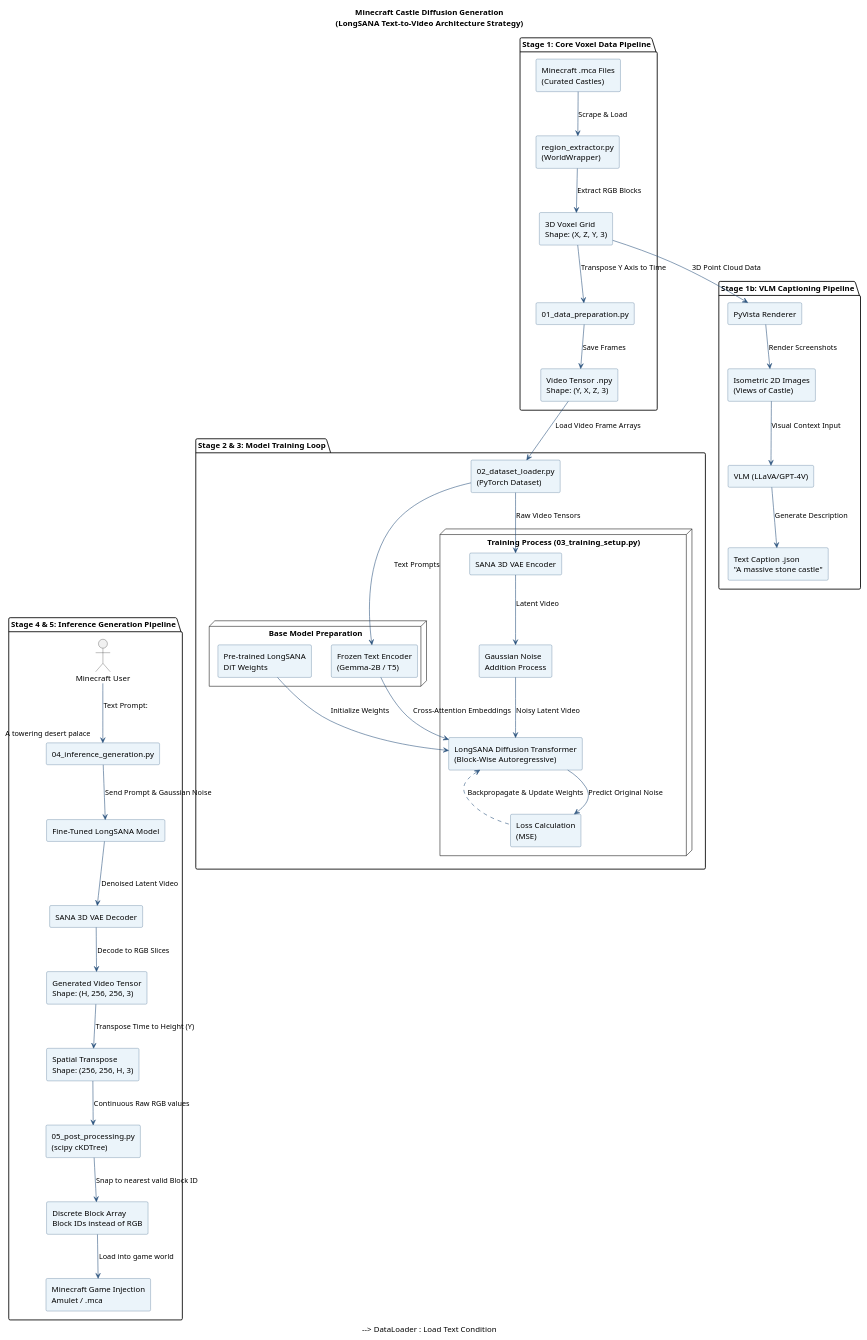
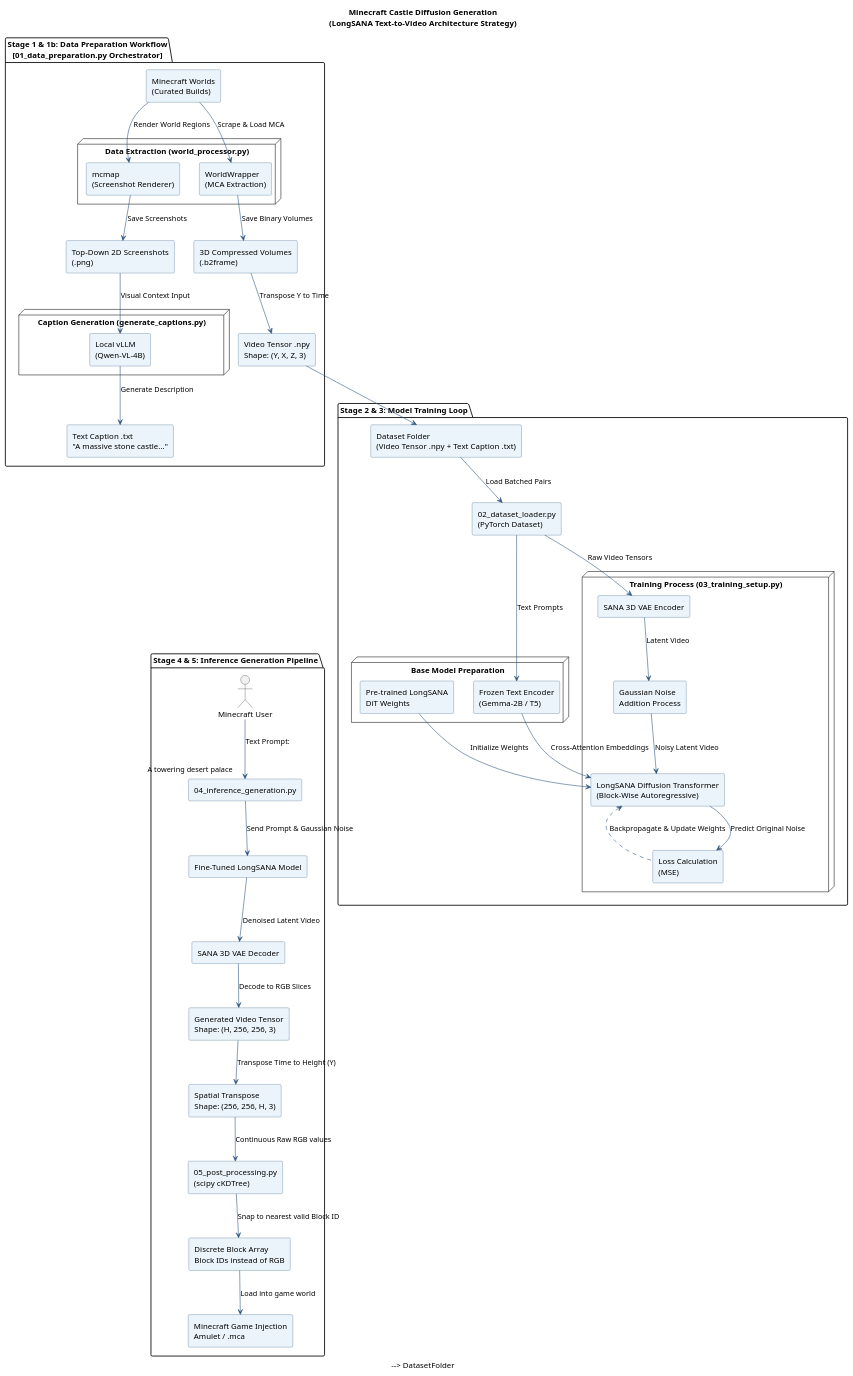
Before and after one commit to erzar0/MC: the diagram in src/longsana_experiment/diagram.puml, drawn with PlantUML.

```diff
--- a/src/longsana_experiment/diagram.puml
+++ b/src/longsana_experiment/diagram.puml
@@ -1,92 +1,100 @@
 @startuml
 skinparam componentStyle rectangle
 skinparam handwritten false
 skinparam backgroundColor #FFFFFF
 skinparam packageBackgroundColor transparent
 skinparam componentBackgroundColor #EBF4FA
 skinparam componentBorderColor #2B547E
 skinparam arrowColor #2B547E
 
 title **Minecraft Castle Diffusion Generation**\n(LongSANA Text-to-Video Architecture Strategy)
 
-package "Stage 1: Core Voxel Data Pipeline" {
-    [Minecraft .mca Files\n(Curated Castles)] as RawData
-    [region_extractor.py\n(WorldWrapper)] as Extractor
-    [3D Voxel Grid\nShape: (X, Z, Y, 3)] as VoxelGrid
-    [01_data_preparation.py] as TransposePrep
+package "Stage 1 & 1b: Data Preparation Workflow\n[01_data_preparation.py Orchestrator]" {
+    [Minecraft Worlds\n(Curated Builds)] as RawData
+    
+    node "Data Extraction (world_processor.py)" {
+        [WorldWrapper\n(MCA Extraction)] as Extractor
+        [mcmap\n(Screenshot Renderer)] as MCMap
+    }
+
+    [3D Compressed Volumes\n(.b2frame)] as VoxelGrid
+    [Top-Down 2D Screenshots\n(.png)] as IsoImages
+    
+    node "Caption Generation (generate_captions.py)" {
+        [Local vLLM\n(Qwen-VL-4B)] as VLM
+    }
+    
     [Video Tensor .npy\nShape: (Y, X, Z, 3)] as VideoTensor
+    [Text Caption .txt\n"A massive stone castle..."] as Caption
 
-    RawData --> Extractor : Scrape & Load
-    Extractor --> VoxelGrid : Extract RGB Blocks
-    VoxelGrid --> TransposePrep : Transpose Y Axis to Time
-    TransposePrep --> VideoTensor : Save Frames
-}
-
-package "Stage 1b: VLM Captioning Pipeline" {
-    [PyVista Renderer] as PyVista
-    [Isometric 2D Images\n(Views of Castle)] as IsoImages
-    [VLM (LLaVA/GPT-4V)] as VLM
-    [Text Caption .json\n"A massive stone castle"] as Caption
-
-    VoxelGrid --> PyVista : 3D Point Cloud Data
-    PyVista --> IsoImages : Render Screenshots
+    RawData --> Extractor : Scrape & Load MCA
+    RawData --> MCMap : Render World Regions
+    
+    Extractor --> VoxelGrid : Save Binary Volumes
+    MCMap --> IsoImages : Save Screenshots
+    
+    VoxelGrid --> VideoTensor : Transpose Y to Time
     IsoImages --> VLM : Visual Context Input
     VLM --> Caption : Generate Description
 }
 
 package "Stage 2 & 3: Model Training Loop" {
     [02_dataset_loader.py\n(PyTorch Dataset)] as DataLoader
 
     node "Base Model Preparation" {
         [Pre-trained LongSANA\nDiT Weights] as LongSANA_Init
         [Frozen Text Encoder\n(Gemma-2B / T5)] as TextEnc
     }
 
     node "Training Process (03_training_setup.py)" {
         [SANA 3D VAE Encoder] as VAE_Enc
         [Gaussian Noise\nAddition Process] as NoiseAdd
         [LongSANA Diffusion Transformer\n(Block-Wise Autoregressive)] as DiT_Train
         [Loss Calculation\n(MSE)] as Loss
     }
 
-    VideoTensor --> DataLoader : Load Video Frame Arrays
-    Caption --> DataLoader : Load Text Condition
+    [Dataset Folder\n(Video Tensor .npy + Text Caption .txt)] as DatasetFolder
+    
+    VideoTensor --> DatasetFolder
+    Caption --> DatasetFolder
+    
+    DatasetFolder --> DataLoader : Load Batched Pairs
 
     DataLoader --> VAE_Enc : Raw Video Tensors
     DataLoader --> TextEnc : Text Prompts
 
     VAE_Enc --> NoiseAdd : Latent Video
     NoiseAdd --> DiT_Train : Noisy Latent Video
     TextEnc --> DiT_Train : Cross-Attention Embeddings
     LongSANA_Init --> DiT_Train : Initialize Weights
 
     DiT_Train --> Loss : Predict Original Noise
     Loss -.left.> DiT_Train : Backpropagate & Update Weights
 }
 
 package "Stage 4 & 5: Inference Generation Pipeline" {
     actor "Minecraft User" as User
     [04_inference_generation.py] as InfPipeline
     [Fine-Tuned LongSANA Model] as FTModel
     [SANA 3D VAE Decoder] as VAE_Dec
 
     [Generated Video Tensor\nShape: (H, 256, 256, 3)] as GenVideo
     [Spatial Transpose\nShape: (256, 256, H, 3)] as GenSpatial
 
     [05_post_processing.py\n(scipy cKDTree)] as PP
     [Discrete Block Array\nBlock IDs instead of RGB] as FinalDict
     [Minecraft Game Injection\nAmulet / .mca] as FinalOutput
 
     User --> InfPipeline : Text Prompt:\n"A towering desert palace"
     InfPipeline --> FTModel : Send Prompt & Gaussian Noise
     FTModel --> VAE_Dec : Denoised Latent Video
     VAE_Dec --> GenVideo : Decode to RGB Slices
 
     GenVideo --> GenSpatial : Transpose Time to Height (Y)
     GenSpatial --> PP : Continuous Raw RGB values
     PP --> FinalDict : Snap to nearest valid Block ID
     FinalDict --> FinalOutput : Load into game world
 }
 
 DiT_Train -[hidden]down-> FTModel
 @enduml
```
